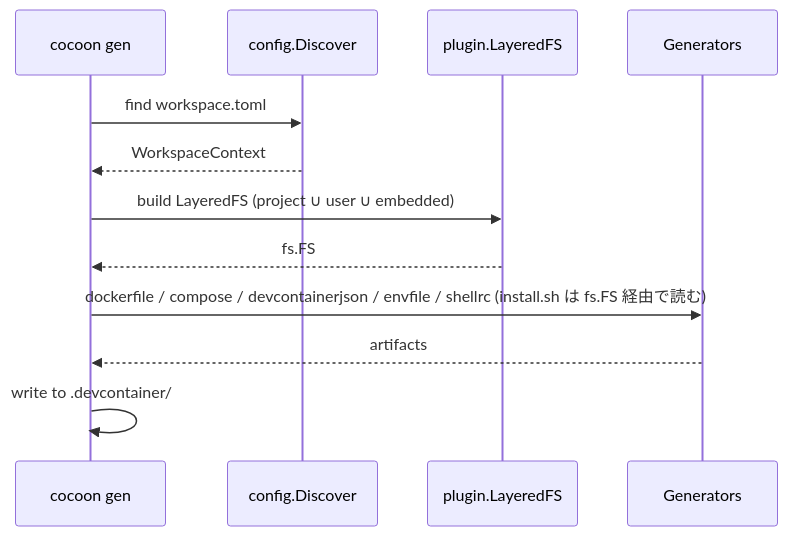
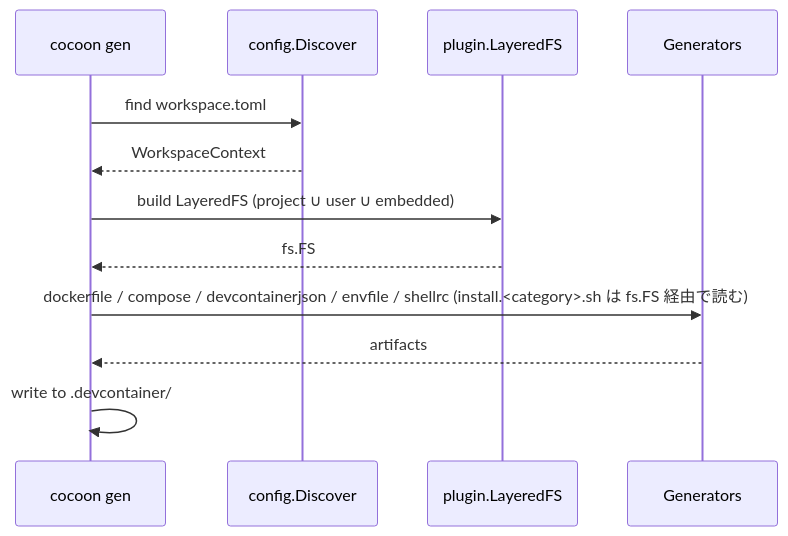
Before and after one commit to sukekyo26/cocoon: the third of 3 diagrams in docs/architecture.ja.md, drawn with Mermaid. The commit also changed other lines of this file and 7 other files, not shown here.

First line of the commit message:
docs: sweep v0.4.0 install.<category>.sh / template rename leftovers

````diff
--- a/docs/architecture.ja.md
+++ b/docs/architecture.ja.md
@@ -62,14 +62,14 @@
 ```mermaid
 sequenceDiagram
     participant cli as cocoon gen
     participant cfg as config.Discover
     participant fs as plugin.LayeredFS
     participant gen as Generators
     cli->>cfg: find workspace.toml
     cfg-->>cli: WorkspaceContext
     cli->>fs: build LayeredFS (project ∪ user ∪ embedded)
     fs-->>cli: fs.FS
-    cli->>gen: dockerfile / compose / devcontainerjson / envfile / shellrc (install.sh は fs.FS 経由で読む)
+    cli->>gen: dockerfile / compose / devcontainerjson / envfile / shellrc (install.<category>.sh は fs.FS 経由で読む)
     gen-->>cli: artifacts
     cli->>cli: write to .devcontainer/
 ```
````
